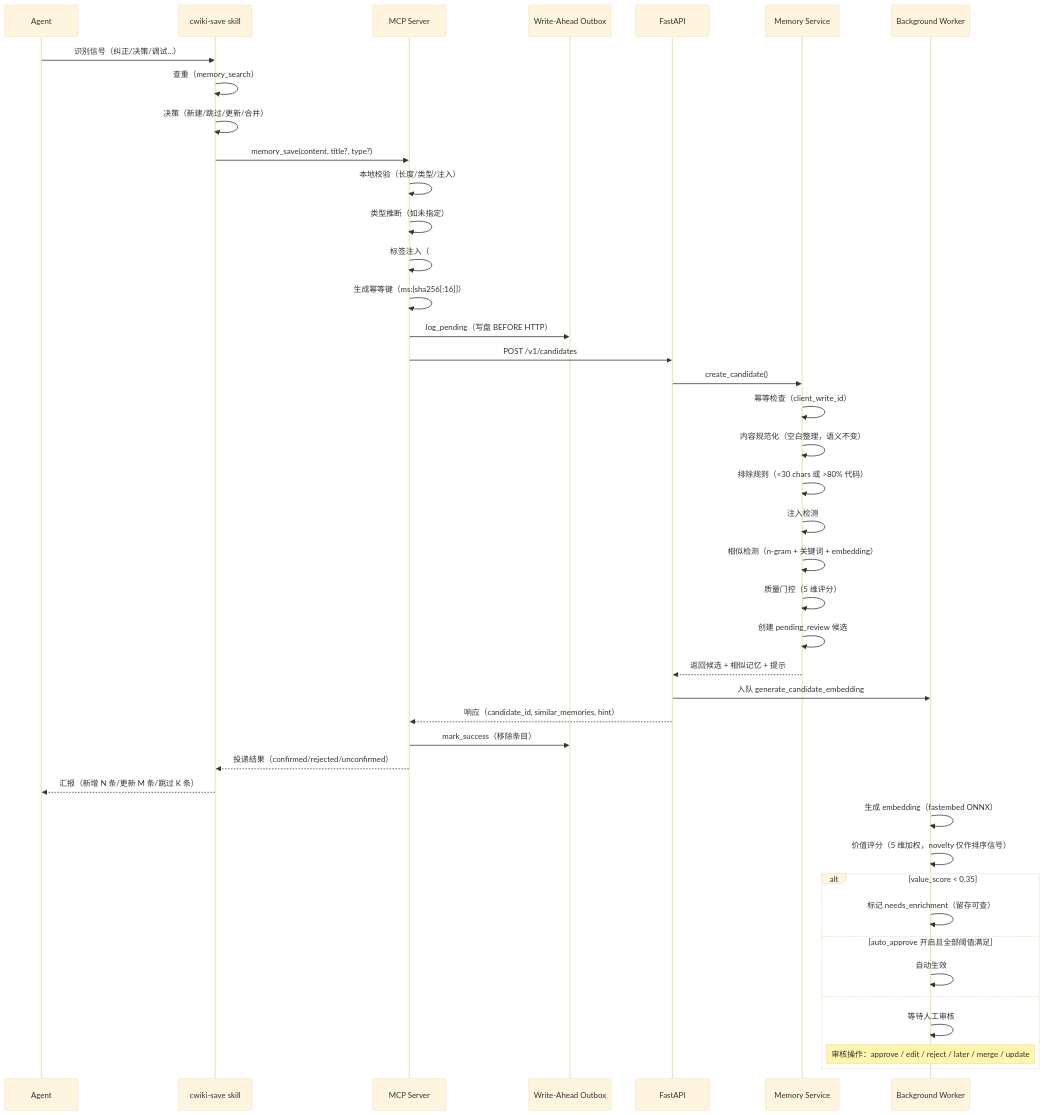
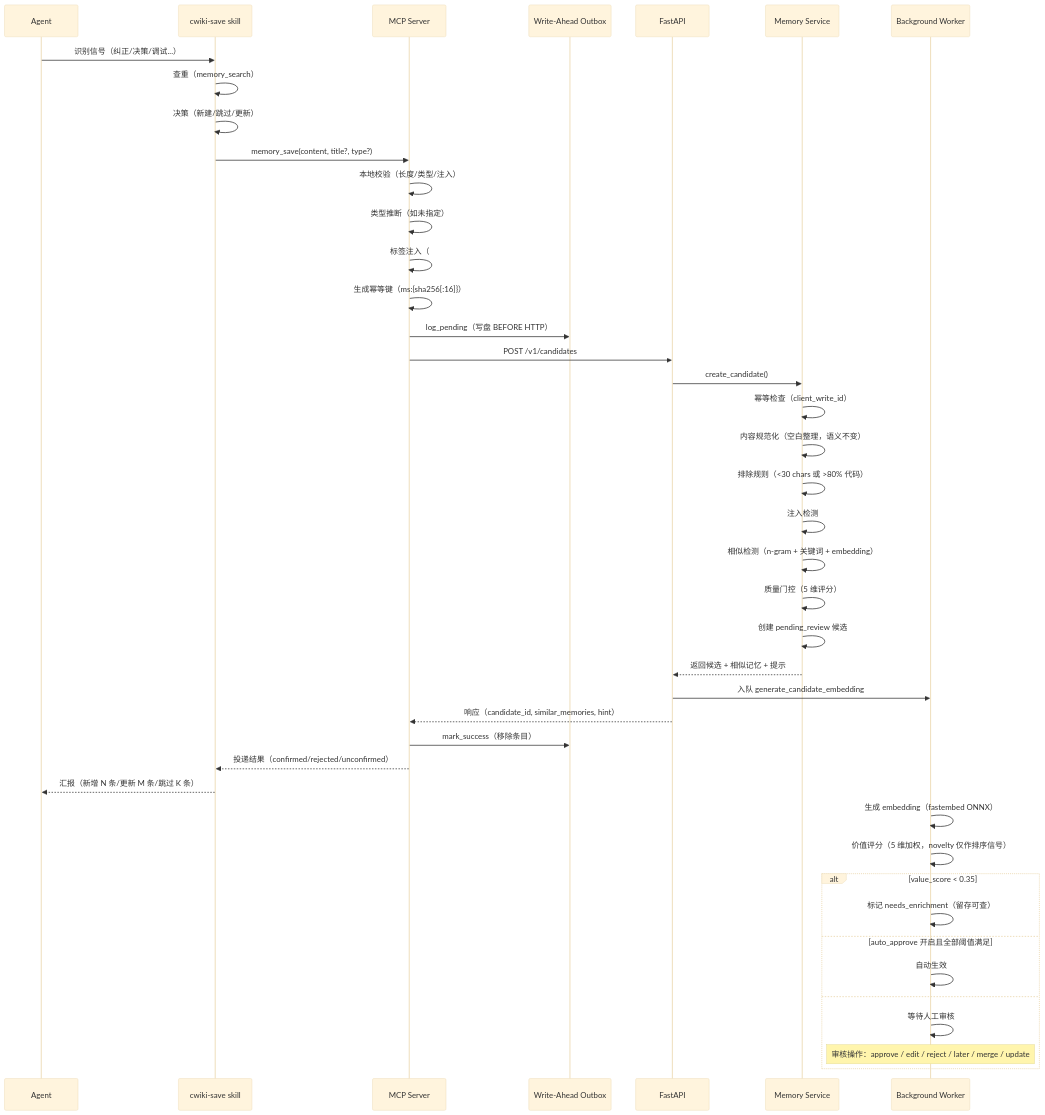
The first of 4 diagrams in docs/memory-system.md (Chance-Wu/cwiki), drawn with Mermaid (base theme) before and after one commit. The commit also changed other lines of this file and 274 other files, not shown here.

````diff
--- a/docs/memory-system.md
+++ b/docs/memory-system.md
@@ -5,52 +5,52 @@
 ```mermaid
 sequenceDiagram
     participant Agent
     participant Skill as cwiki-save skill
     participant MCP as MCP Server
     participant Outbox as Write-Ahead Outbox
     participant API as FastAPI
     participant Service as Memory Service
     participant Worker as Background Worker
 
     Agent->>Skill: 识别信号（纠正/决策/调试...）
     Skill->>Skill: 查重（memory_search）
-    Skill->>Skill: 决策（新建/跳过/更新/合并）
+    Skill->>Skill: 决策（新建/跳过/更新）
     Skill->>MCP: memory_save(content, title?, type?)
     
     MCP->>MCP: 本地校验（长度/类型/注入）
     MCP->>MCP: 类型推断（如未指定）
     MCP->>MCP: 标签注入（#memory/{type} #memory/{workspace}）
     MCP->>MCP: 生成幂等键（ms:{sha256[:16]}）
     
     MCP->>Outbox: log_pending（写盘 BEFORE HTTP）
     MCP->>API: POST /v1/candidates
     
     API->>Service: create_candidate()
     Service->>Service: 幂等检查（client_write_id）
     Service->>Service: 内容规范化（空白整理，语义不变）
     Service->>Service: 排除规则（<30 chars 或 >80% 代码）
     Service->>Service: 注入检测
     Service->>Service: 相似检测（n-gram + 关键词 + embedding）
     Service->>Service: 质量门控（5 维评分）
     Service->>Service: 创建 pending_review 候选
     Service-->>API: 返回候选 + 相似记忆 + 提示
     
     API->>Worker: 入队 generate_candidate_embedding
     API-->>MCP: 响应（candidate_id, similar_memories, hint）
     
     MCP->>Outbox: mark_success（移除条目）
     MCP-->>Skill: 投递结果（confirmed/rejected/unconfirmed）
     Skill-->>Agent: 汇报（新增 N 条/更新 M 条/跳过 K 条）
     
     Worker->>Worker: 生成 embedding（fastembed ONNX）
     Worker->>Worker: 价值评分（5 维加权，novelty 仅作排序信号）
 
     alt value_score < 0.35
         Worker->>Worker: 标记 needs_enrichment（留存可查）
     else auto_approve 开启且全部阈值满足
         Worker->>Worker: 自动生效
     else
         Worker->>Worker: 等待人工审核
         Note over Worker: 审核操作：approve / edit / reject / later / merge / update
     end
 ```
````
